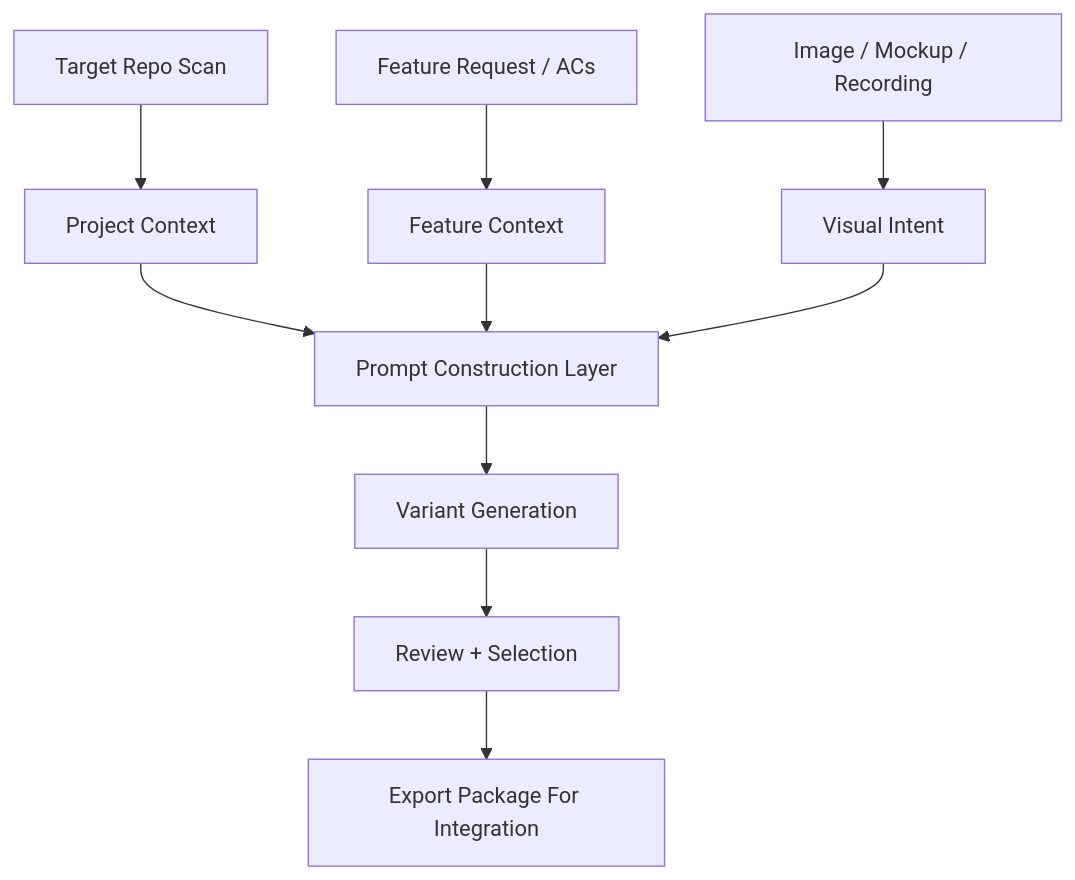
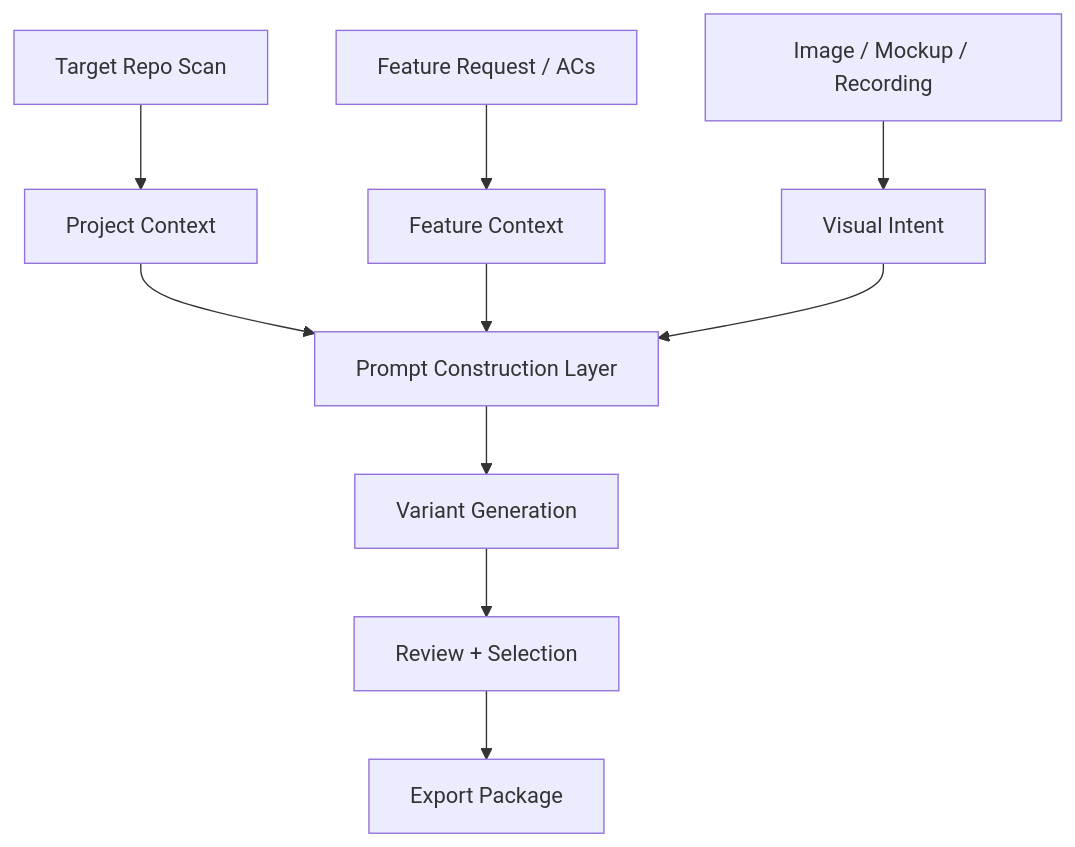
Before and after one commit to sethswango/vuhl-ui-forge: the third of 4 diagrams in README.md, drawn with Mermaid. The commit also changed other lines of this file, not shown here.

Commit message:
fix: enhance README with architecture diagrams and streaming explanation

````diff
--- a/README.md
+++ b/README.md
@@ -186,12 +126,12 @@
 ```mermaid
 flowchart TD
     A[Target Repo Scan] --> B[Project Context]
     A2[Feature Request / ACs] --> C[Feature Context]
     A3[Image / Mockup / Recording] --> D[Visual Intent]
     B --> E[Prompt Construction Layer]
     C --> E
     D --> E
     E --> F[Variant Generation]
     F --> G[Review + Selection]
-    G --> H[Export Package For Integration]
+    G --> H[Export Package]
 ```
````
